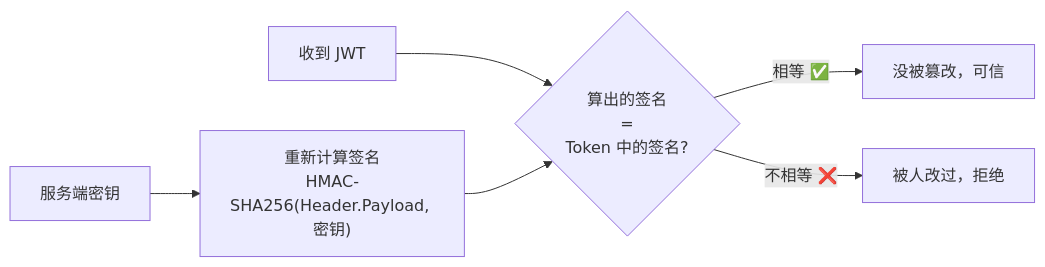
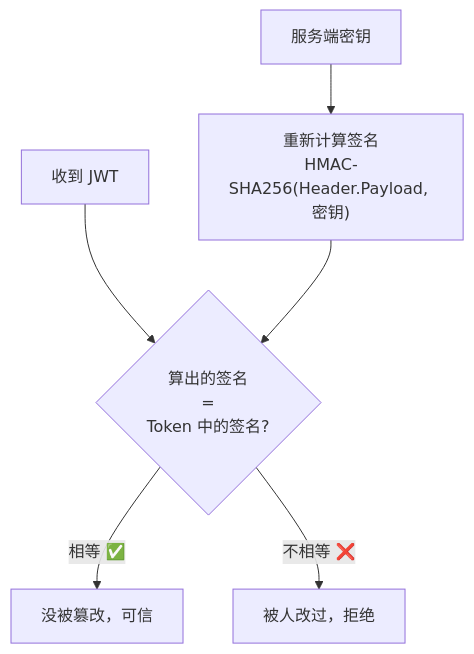
The second of 6 diagrams in source/_posts/Java-advanced/04-jwt.md (rebibabo/rebibabo.github.io), drawn with Mermaid before and after one commit. The commit also changed other lines of this file and 1 other file, not shown here.

Commit message:
vault backup: 2026-07-07 18:37:45

````diff
--- a/source/_posts/Java-advanced/04-jwt.md
+++ b/source/_posts/Java-advanced/04-jwt.md
@@ -123,8 +123,8 @@
 ```mermaid
-graph LR
+graph TB
     Key["服务端密钥"] --> Compute["重新计算签名<br/>HMAC-SHA256(Header.Payload, 密钥)"]
     Token["收到 JWT"] --> Compare{"算出的签名<br/>=<br/>Token 中的签名?"}
     Compute --> Compare
     Compare -->|相等 ✅| Trust["没被篡改，可信"]
     Compare -->|不相等 ❌| Reject["被人改过，拒绝"]
 ```
````
